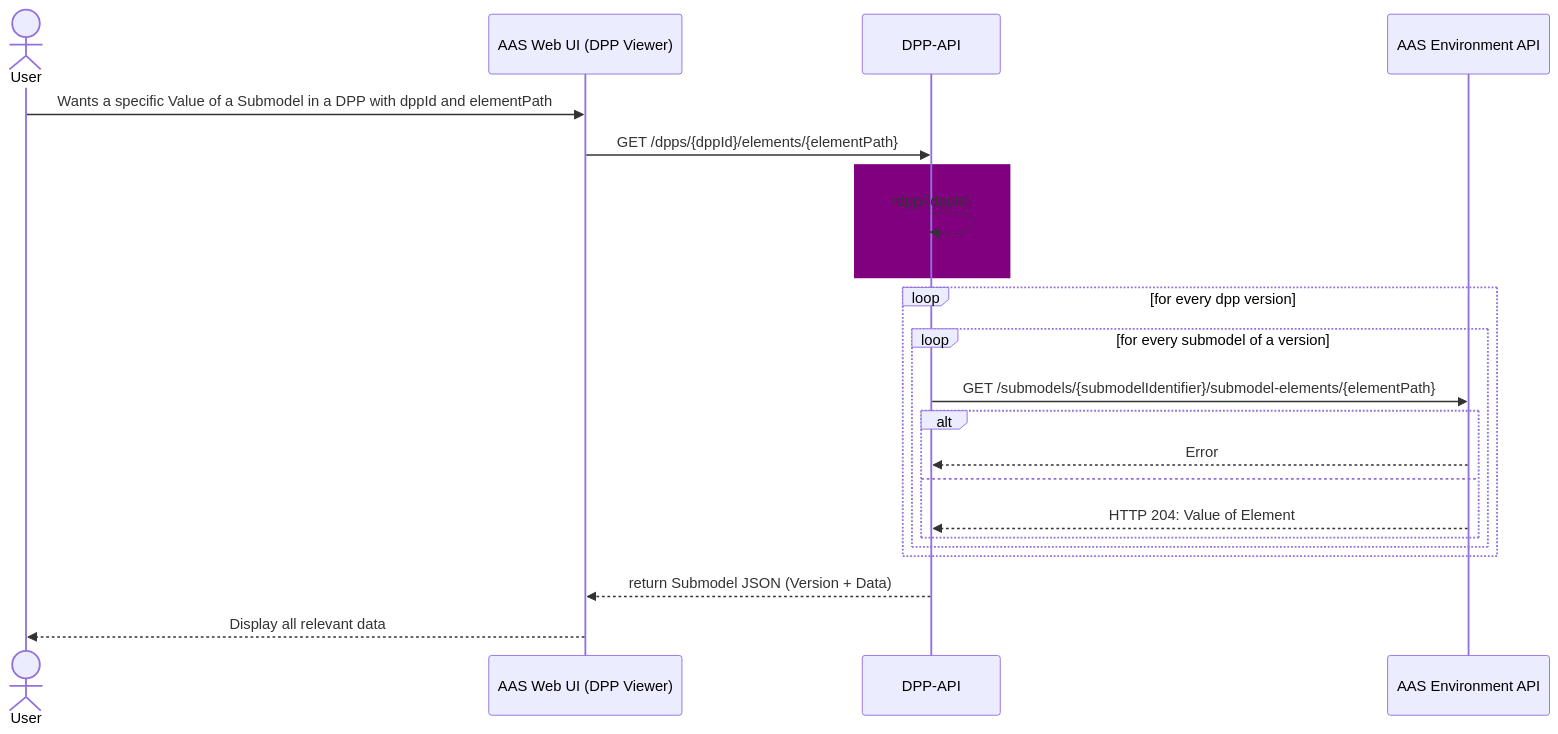
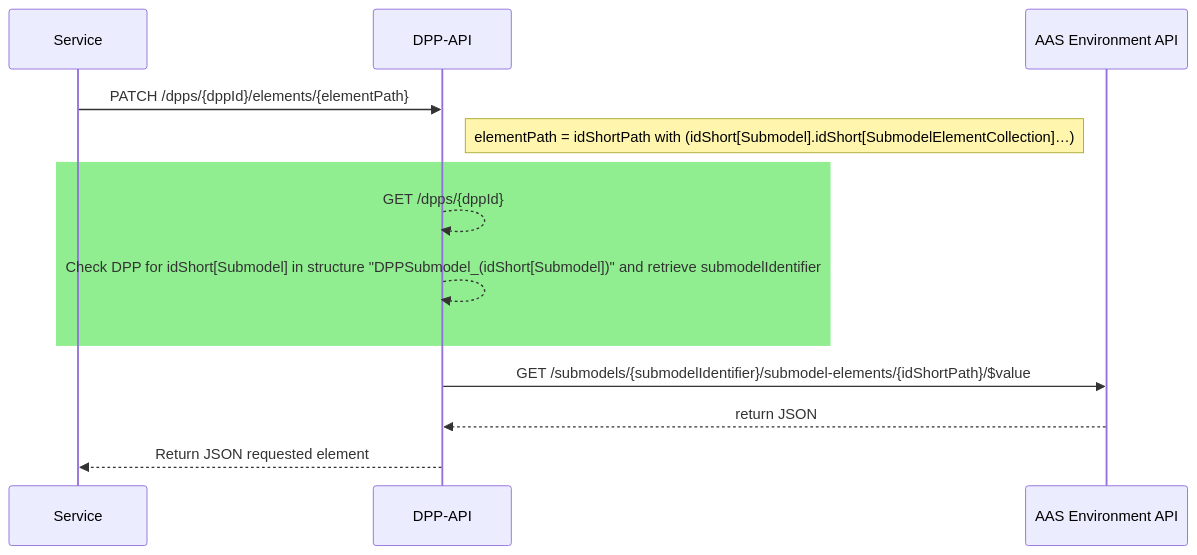
The tenth of 10 diagrams in PROJECT/SAS/mapping.md (DHBW-TINF24F/Team6-BaSyx-DPP-API), drawn with Mermaid before and after one commit. The commit also changed other lines of this file, not shown here.

Commit message:
Fine-Granular API mappings nearly done

````diff
--- a/PROJECT/SAS/mapping.md
+++ b/PROJECT/SAS/mapping.md
@@ -369,28 +352,19 @@
 ```mermaid
 sequenceDiagram
-  actor User
-  participant Web as AAS Web UI (DPP Viewer)
+  participant Web as Service
   participant API as DPP-API
   participant Env as AAS Environment API
 
-  User->>Web: Wants a specific Value of a Submodel in a DPP with dppId and elementPath
-  Web->>API: GET /dpps/{dppId}/elements/{elementPath}
+  Web->>API: PATCH /dpps/{dppId}/elements/{elementPath}
 
-  rect purple
-    API-->>API: /dpp/{dppId}
+  Note right of API: elementPath = idShortPath with (idShort[Submodel].idShort[SubmodelElementCollection]…)
+  rect lightgreen
+    API-->>API: GET /dpps/{dppId}
+    API-->>API: Check DPP for idShort[Submodel] in structure "DPPSubmodel_(idShort[Submodel])" and retrieve submodelIdentifier
   end
 
-  loop for every dpp version
-    loop for every submodel of a version
-        API->>Env: GET /submodels/{submodelIdentifier}/submodel-elements/{elementPath}
-        alt
-            Env-->>API: Error
-        else
-            Env-->>API: HTTP 204: Value of Element
-        end
-    end
-  end
+  API->>Env: GET /submodels/{submodelIdentifier}/submodel-elements/{idShortPath}/$value
+  Env-->>API: return JSON
 
-  API-->>Web: return Submodel JSON (Version + Data)
-  Web-->>User: Display all relevant data
+  API-->>Web: Return JSON requested element
 ```
````
